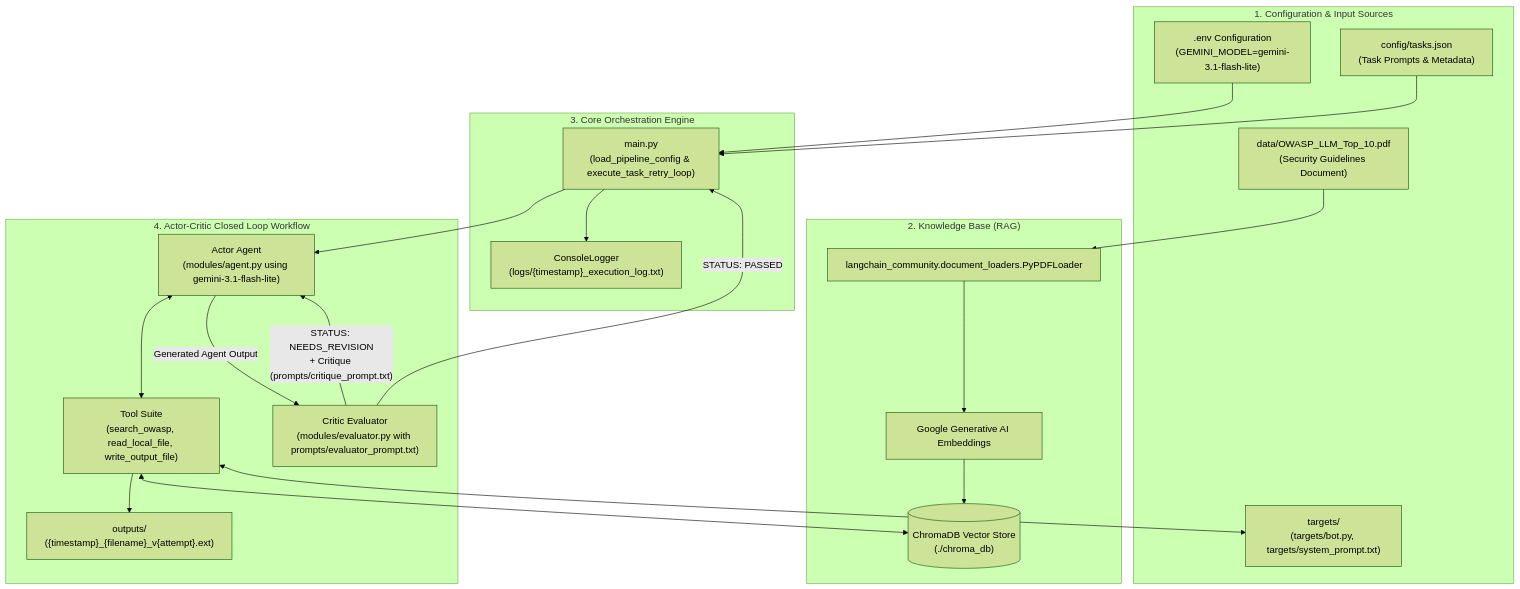
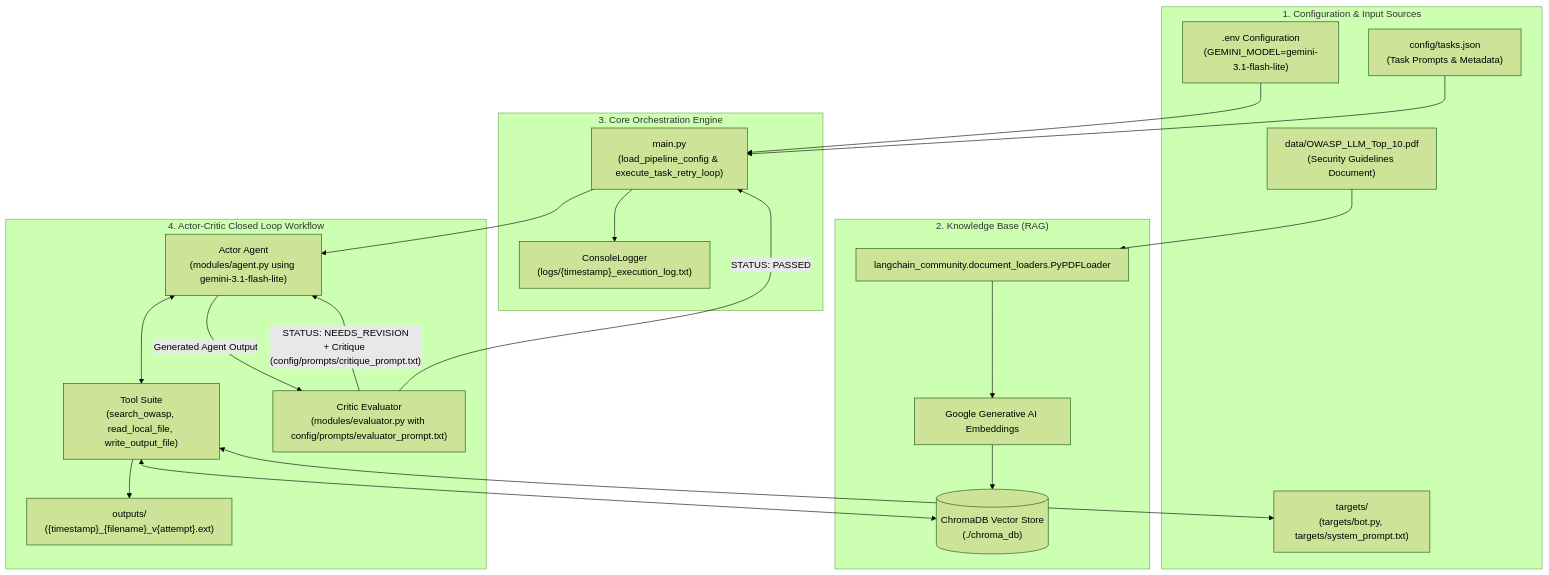
One commit to afl78/ciklum-capstone changed the diagram in ARCHITECTURE.md. Above: the diagram before and after it, drawn with Mermaid (forest theme). The commit also changed other lines of this file and 8 other files, not shown here.

Commit message:
Move prompts into config

````diff
--- a/ARCHITECTURE.md
+++ b/ARCHITECTURE.md
@@ -1,49 +1,49 @@
 ```mermaid
 graph TD
     %% Environment & Configuration
     subgraph Config["1. Configuration & Input Sources"]
         ENV[".env Configuration\n(GEMINI_MODEL=gemini-3.1-flash-lite)"]
         TASKS["config/tasks.json\n(Task Prompts & Metadata)"]
         PDF["data/OWASP_LLM_Top_10.pdf\n(Security Guidelines Document)"]
         TARGETS["targets/\n(targets/bot.py, targets/system_prompt.txt)"]
     end
 
     %% Storage & Document Parsing
     subgraph Storage["2. Knowledge Base (RAG)"]
         LOADER["langchain_community.document_loaders.PyPDFLoader"]
         CHROMA[("ChromaDB Vector Store\n(./chroma_db)")]
         EMBED["Google Generative AI Embeddings"]
     end
 
     %% Core Pipeline Execution
     subgraph Engine["3. Core Orchestration Engine"]
         MAIN["main.py\n(load_pipeline_config & execute_task_retry_loop)"]
         LOGS["ConsoleLogger\n(logs/{timestamp}_execution_log.txt)"]
     end
 
     %% Actor-Critic Workflow Loop
     subgraph AgenticLoop["4. Actor-Critic Closed Loop Workflow"]
         ACTOR["Actor Agent\n(modules/agent.py using gemini-3.1-flash-lite)"]
         TOOLS["Tool Suite\n(search_owasp, read_local_file, write_output_file)"]
-        CRITIC["Critic Evaluator\n(modules/evaluator.py with prompts/evaluator_prompt.txt)"]
+        CRITIC["Critic Evaluator\n(modules/evaluator.py with config/prompts/evaluator_prompt.txt)"]
         OUTPUTS["outputs/\n({timestamp}_{filename}_v{attempt}.ext)"]
     end
 
     %% Workflow Connections
     ENV --> MAIN
     TASKS --> MAIN
     PDF --> LOADER
     LOADER --> EMBED --> CHROMA
 
     MAIN --> LOGS
     MAIN --> ACTOR
 
     ACTOR <--> TOOLS
     TOOLS <--> CHROMA
     TOOLS <--> TARGETS
     TOOLS --> OUTPUTS
 
     ACTOR -- "Generated Agent Output" --> CRITIC
-    CRITIC -- "STATUS: NEEDS_REVISION\n+ Critique (prompts/critique_prompt.txt)" --> ACTOR
+    CRITIC -- "STATUS: NEEDS_REVISION\n+ Critique (config/prompts/critique_prompt.txt)" --> ACTOR
     CRITIC -- "STATUS: PASSED" --> MAIN
 ```
````
